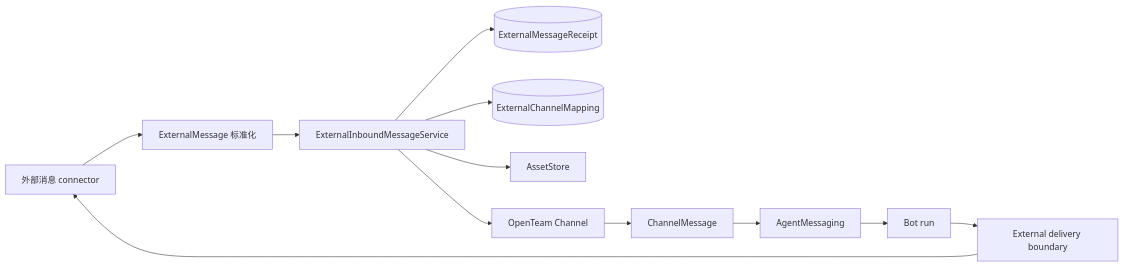
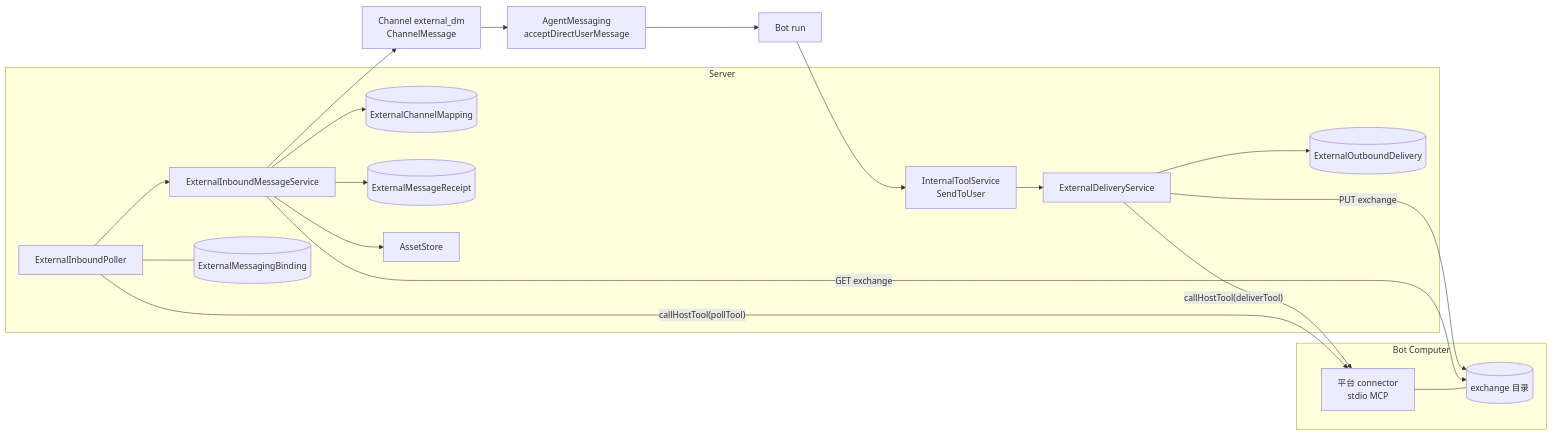
The diagram in specs/009-外部消息服务/design.md (jingyi0605/OutcomeGo), drawn with Mermaid before and after one commit. The commit also changed other lines of this file and 4 other files, not shown here.

````diff
--- a/specs/009-外部消息服务/design.md
+++ b/specs/009-外部消息服务/design.md
@@ -29,14 +52,34 @@
 ```mermaid
 flowchart LR
-    PROVIDER[外部消息 connector] --> NORMALIZE[ExternalMessage 标准化]
-    NORMALIZE --> IN[ExternalInboundMessageService]
-    IN --> RECEIPT[(ExternalMessageReceipt)]
-    IN --> MAP[(ExternalChannelMapping)]
-    IN --> ASSET[AssetStore]
-    IN --> CHANNEL[OpenTeam Channel]
-    CHANNEL --> MESSAGE[ChannelMessage]
-    MESSAGE --> WAKE[AgentMessaging]
+    subgraph Computer[Bot Computer]
+      CONN[平台 connector<br/>stdio MCP]
+      EX[(exchange 目录)]
+      CONN --- EX
+    end
+    subgraph Server
+      POLL[ExternalInboundPoller]
+      IN[ExternalInboundMessageService]
+      BIND[(ExternalMessagingBinding)]
+      MAP[(ExternalChannelMapping)]
+      REC[(ExternalMessageReceipt)]
+      OUT[ExternalDeliveryService]
+      DEL[(ExternalOutboundDelivery)]
+      ASSET[AssetStore]
+      TOOL[InternalToolService<br/>SendToUser]
+    end
+    POLL -- "callHostTool(pollTool)" --> CONN
+    POLL --> IN
+    POLL --- BIND
+    IN --> REC
+    IN --> MAP
+    IN -- "GET exchange" --> EX
+    IN --> ASSET
+    IN --> CH[Channel external_dm<br/>ChannelMessage]
+    CH --> WAKE[AgentMessaging<br/>acceptDirectUserMessage]
     WAKE --> BOT[Bot run]
-    BOT --> DELIVERY[External delivery boundary]
-    DELIVERY --> PROVIDER
+    BOT --> TOOL
+    TOOL --> OUT
+    OUT --> DEL
+    OUT -- "PUT exchange" --> EX
+    OUT -- "callHostTool(deliverTool)" --> CONN
 ```
````
